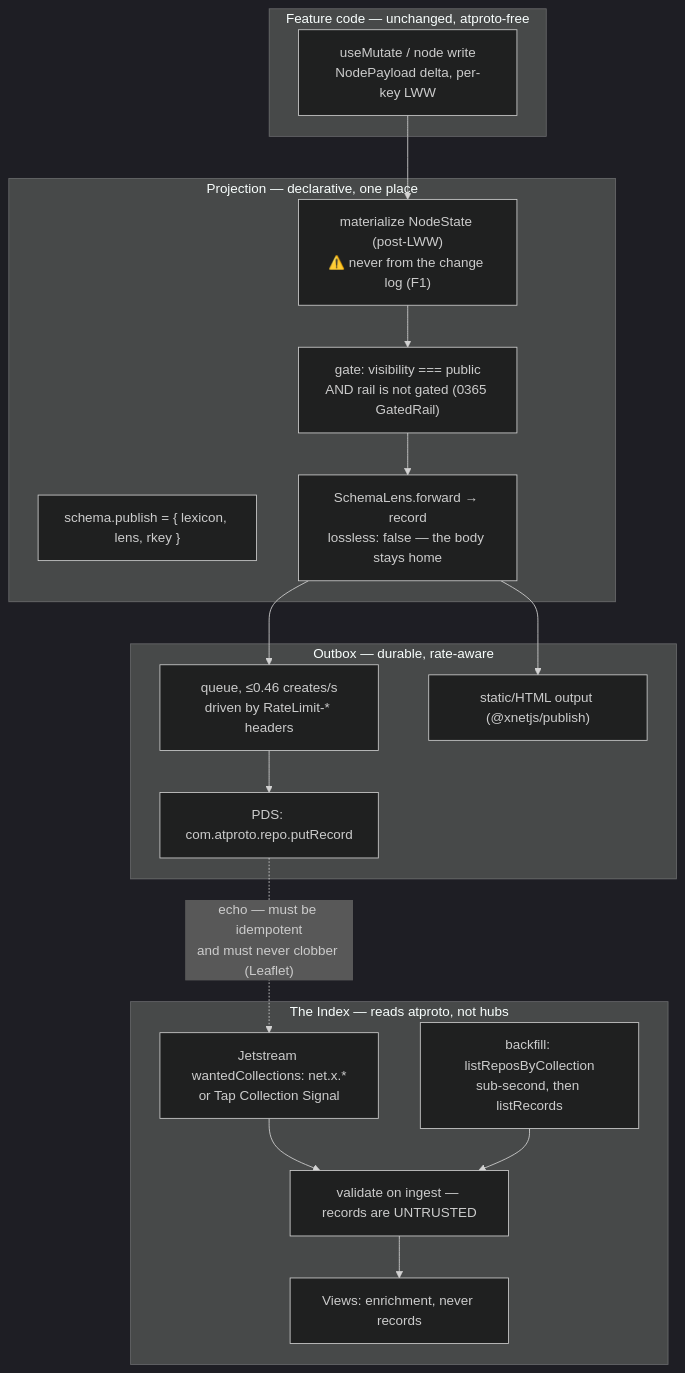
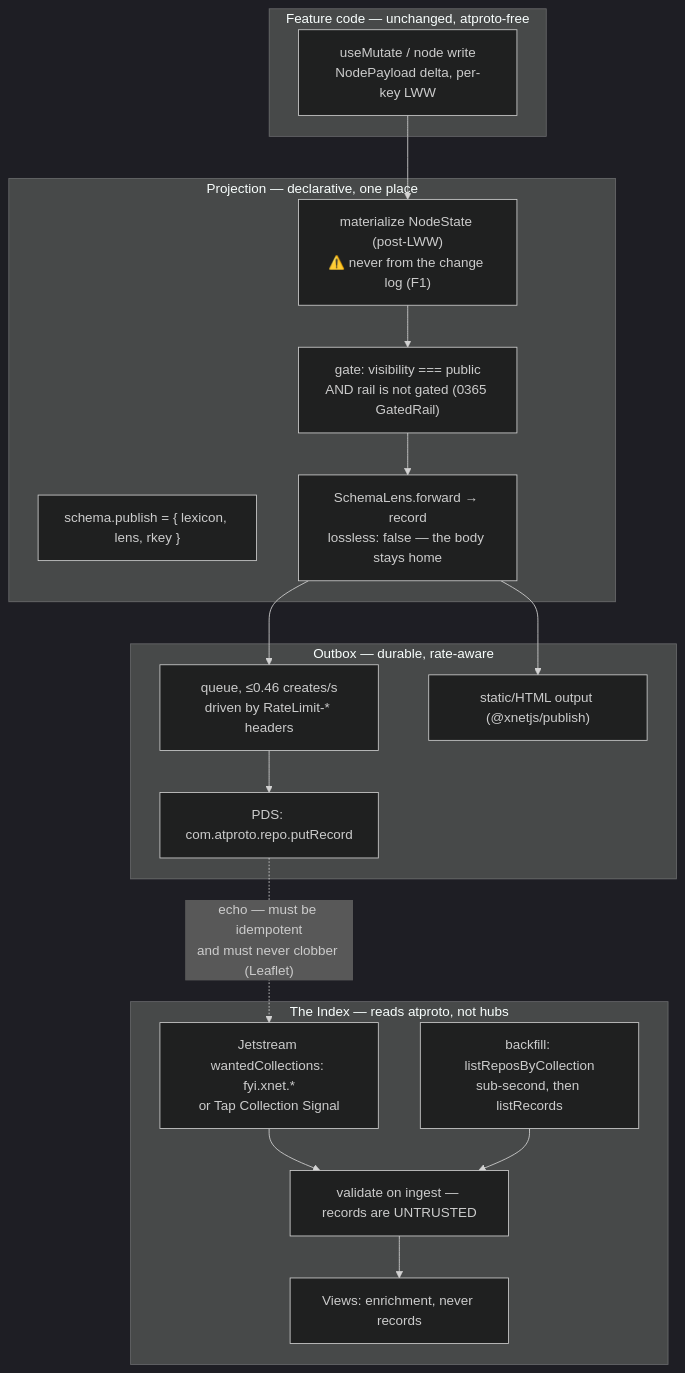
One commit to crs48/xNet changed the second of 3 diagrams in docs/explorations/0367_[_]_THE_XNET_INDEX_THE_PROJECTION_MODEL_THE_CARD_AND_THE_BODY.md. Above: the diagram before and after it, drawn with Mermaid (dark theme). The commit also changed other lines of this file and 5 other files, not shown here.

````diff
--- a/docs/explorations/0367_[_]_THE_XNET_INDEX_THE_PROJECTION_MODEL_THE_CARD_AND_THE_BODY.md
+++ b/docs/explorations/0367_[_]_THE_XNET_INDEX_THE_PROJECTION_MODEL_THE_CARD_AND_THE_BODY.md
@@ -573,28 +579,28 @@
 ```mermaid
 flowchart TB
   subgraph AUTHOR["Feature code — unchanged, atproto-free"]
     N["useMutate / node write<br/>NodePayload delta, per-key LWW"]
   end
   subgraph PROJ["Projection — declarative, one place"]
     S["schema.publish = { lexicon, lens, rkey }"]
     M["materialize NodeState (post-LWW)<br/>⚠️ never from the change log (F1)"]
     G["gate: visibility === public<br/>AND rail is not gated (0365 GatedRail)"]
     L["SchemaLens.forward → record<br/>lossless: false — the body stays home"]
   end
   subgraph OUT["Outbox — durable, rate-aware"]
     Q["queue, ≤0.46 creates/s<br/>driven by RateLimit-* headers"]
     P["PDS: com.atproto.repo.putRecord"]
     H["static/HTML output (@xnetjs/publish)"]
   end
   subgraph IDX["The Index — reads atproto, not hubs"]
-    J["Jetstream wantedCollections: net.x.*<br/>or Tap Collection Signal"]
+    J["Jetstream wantedCollections: fyi.xnet.*<br/>or Tap Collection Signal"]
     B["backfill: listReposByCollection<br/>sub-second, then listRecords"]
     V["validate on ingest — records are UNTRUSTED"]
     VW["Views: enrichment, never records"]
   end
   N --> M --> G --> L --> Q --> P
   L --> H
   P -.->|"echo — must be idempotent<br/>and must never clobber (Leaflet)"| J
   J --> V --> VW
   B --> V
 ```
````
